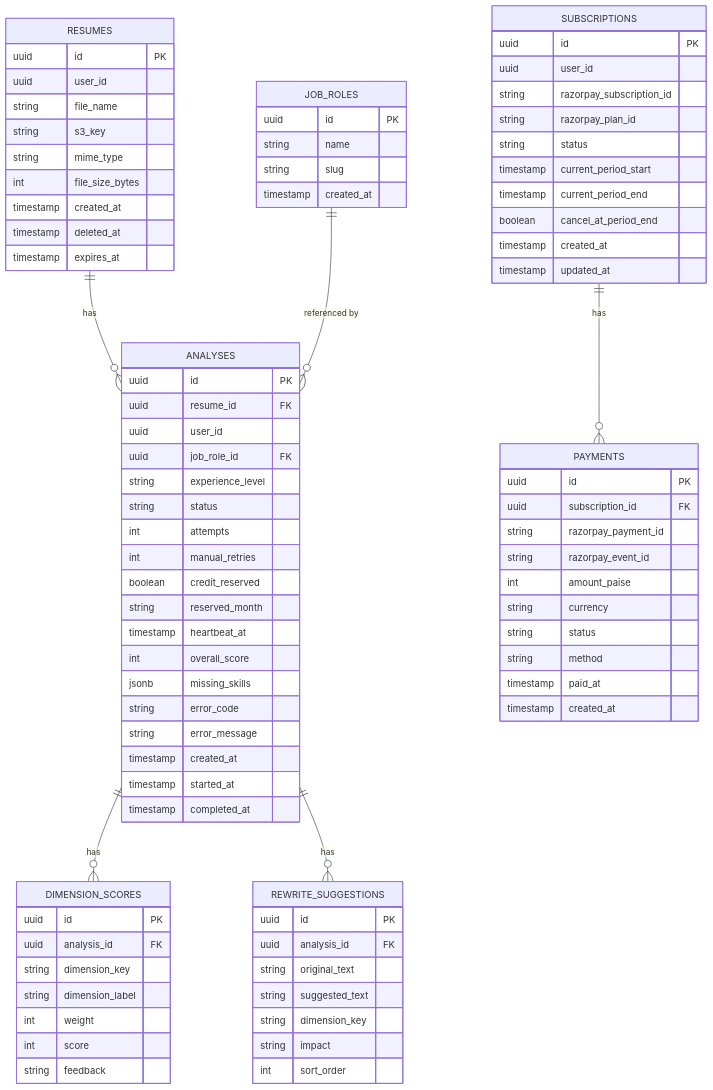
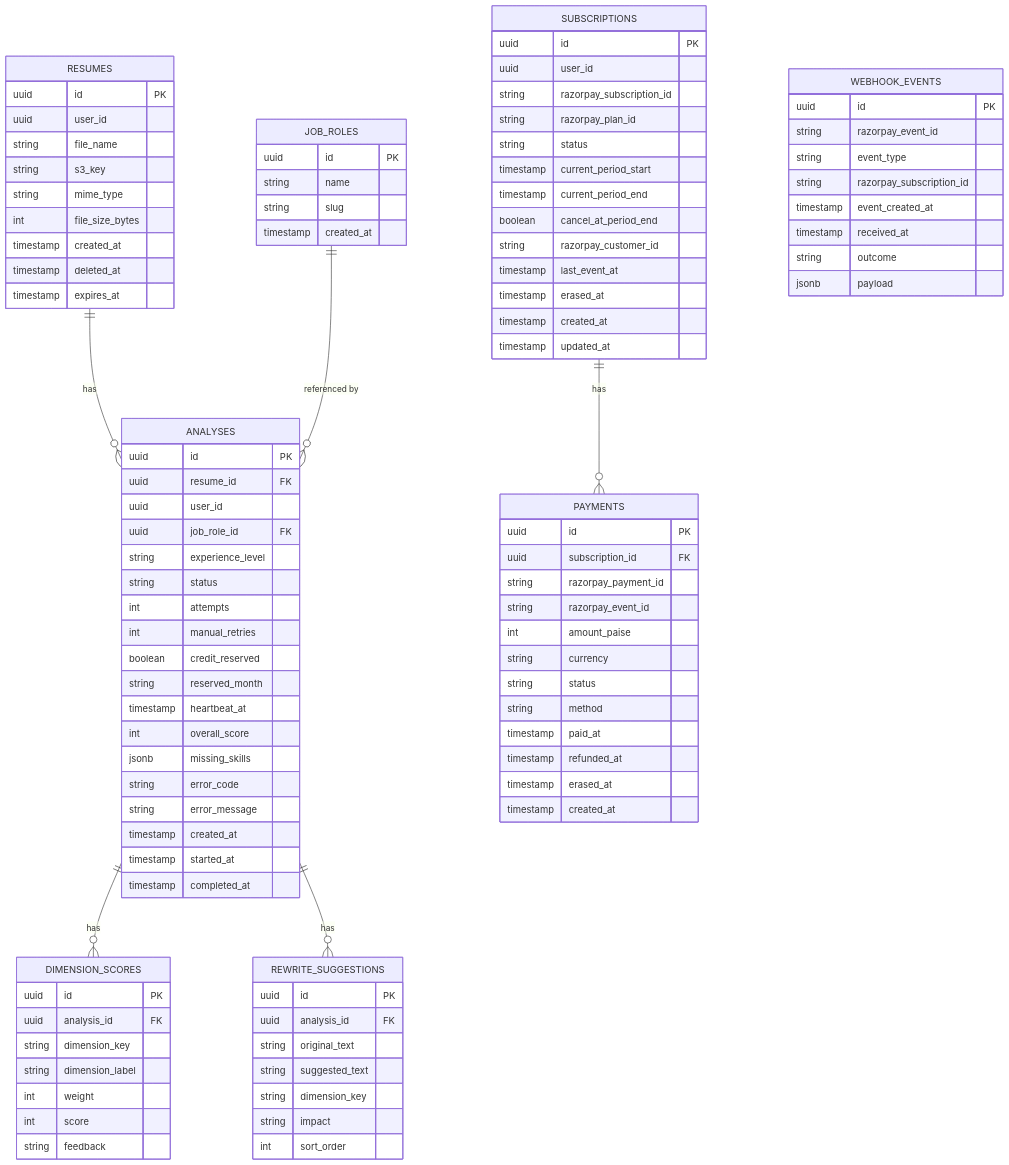
The sixth of 6 diagrams in sovan/spec.md (divii-school/spec-homework), drawn with Mermaid before and after one commit. The commit also changed other lines of this file, not shown here.

Commit message:
docs(spec): v1.3 step 5 — §5.6 subscription state machine (D-04), TBL-008 webhook_events idempotency + stale ordering, checkout TTL, 120 h grace, refunds, cancel-in-request, FR-018/API-020 erasure

````diff
--- a/sovan/spec.md
+++ b/sovan/spec.md
@@ -613,6 +625,9 @@
         timestamp current_period_start
         timestamp current_period_end
         boolean cancel_at_period_end
+        string razorpay_customer_id
+        timestamp last_event_at
+        timestamp erased_at
         timestamp created_at
         timestamp updated_at
     }
@@ -627,6 +642,19 @@
         string status
         string method
         timestamp paid_at
+        timestamp refunded_at
+        timestamp erased_at
         timestamp created_at
     }
+
+    WEBHOOK_EVENTS {
+        uuid id PK
+        string razorpay_event_id
+        string event_type
+        string razorpay_subscription_id
+        timestamp event_created_at
+        timestamp received_at
+        string outcome
+        jsonb payload
+    }
 ```
````
